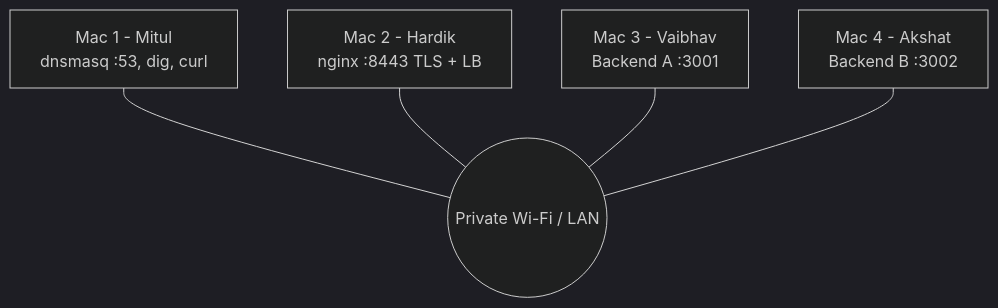
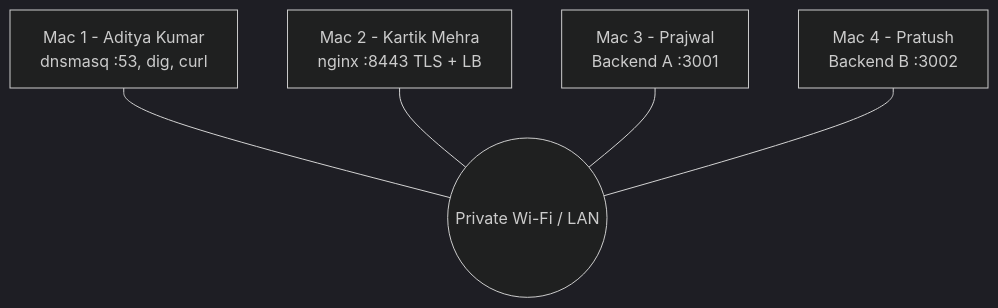
One commit to KartikMehra22/CN-Project changed the first of 7 diagrams in docs/diagrams.md. Above: the diagram before and after it, drawn with Mermaid (dark theme). The commit also changed other lines of this file and 64 other files, not shown here.

````diff
--- a/docs/diagrams.md
+++ b/docs/diagrams.md
@@ -4,8 +4,8 @@
 ```mermaid
 flowchart TB
   LAN(("Private Wi-Fi / LAN"))
-  M1["Mac 1 - Mitul<br/>dnsmasq :53, dig, curl"] --- LAN
-  M2["Mac 2 - Hardik<br/>nginx :8443 TLS + LB"] --- LAN
-  M3["Mac 3 - Vaibhav<br/>Backend A :3001"] --- LAN
-  M4["Mac 4 - Akshat<br/>Backend B :3002"] --- LAN
+  M1["Mac 1 - Aditya Kumar<br/>dnsmasq :53, dig, curl"] --- LAN
+  M2["Mac 2 - Kartik Mehra<br/>nginx :8443 TLS + LB"] --- LAN
+  M3["Mac 3 - Prajwal<br/>Backend A :3001"] --- LAN
+  M4["Mac 4 - Pratush<br/>Backend B :3002"] --- LAN
 ```
````
